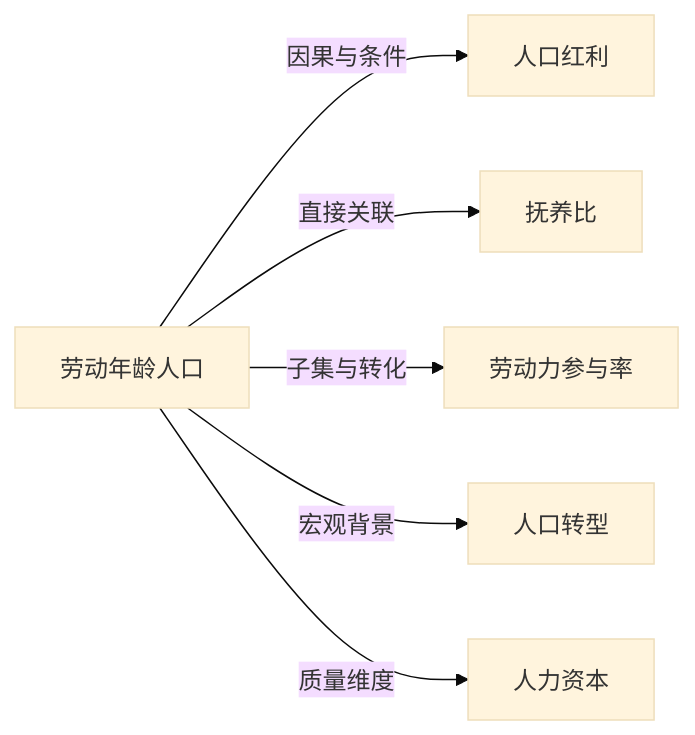
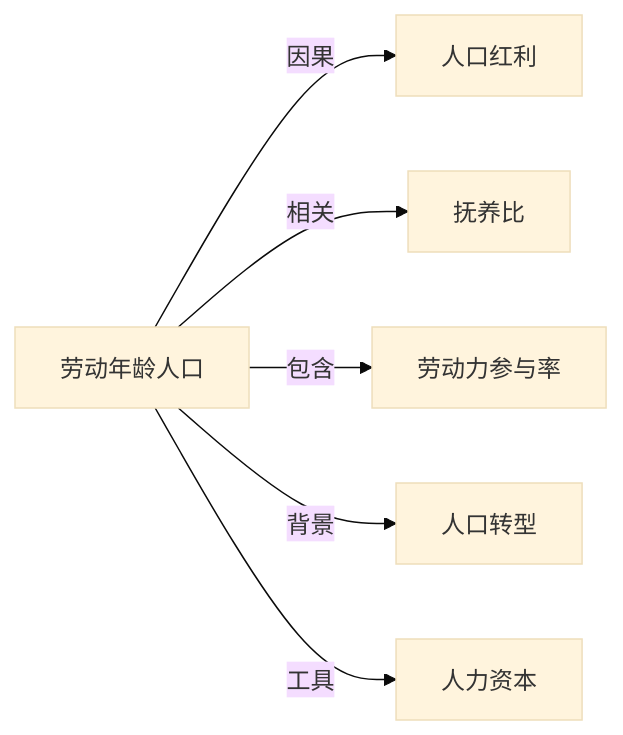
One commit to KIMMCHOW/MyKnowledge changed the diagram in Knowledge/Concepts/经济/劳动年龄人口.md. Above: the diagram before and after it, drawn with Mermaid (base theme). The commit also changed 95 other files, not shown here.

Commit message:
reorganize: 统一关系图边标签为11类

````diff
--- a/Knowledge/Concepts/经济/劳动年龄人口.md
+++ b/Knowledge/Concepts/经济/劳动年龄人口.md
@@ -43,8 +43,8 @@
 ```mermaid
 graph LR
-劳动年龄人口 -->|因果与条件| 人口红利
-劳动年龄人口 -->|直接关联| 抚养比
-劳动年龄人口 -->|子集与转化| 劳动力参与率
-劳动年龄人口 -->|宏观背景| 人口转型
-劳动年龄人口 -->|质量维度| 人力资本
+劳动年龄人口 -->|因果| 人口红利
+劳动年龄人口 -->|相关| 抚养比
+劳动年龄人口 -->|包含| 劳动力参与率
+劳动年龄人口 -->|背景| 人口转型
+劳动年龄人口 -->|工具| 人力资本
 ```
````
